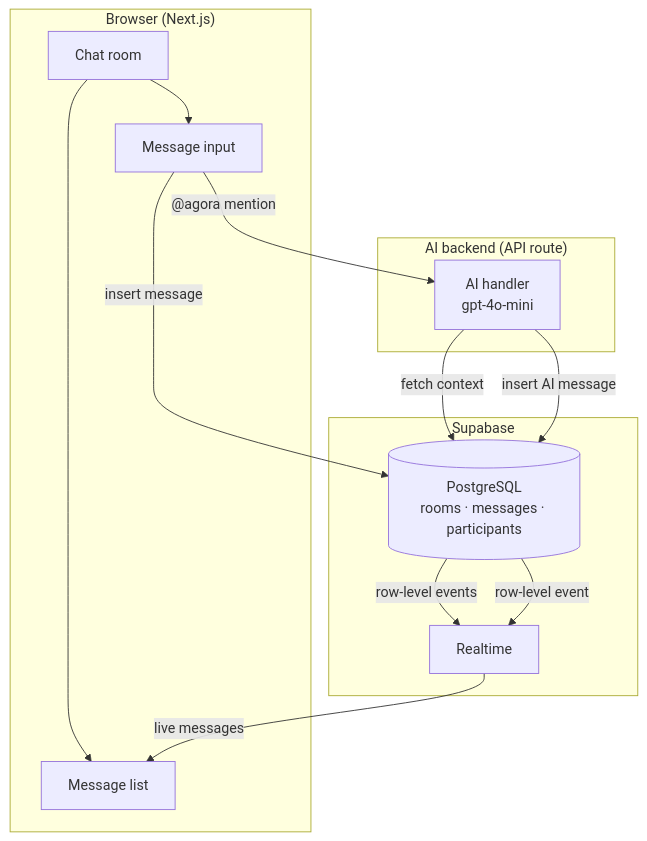
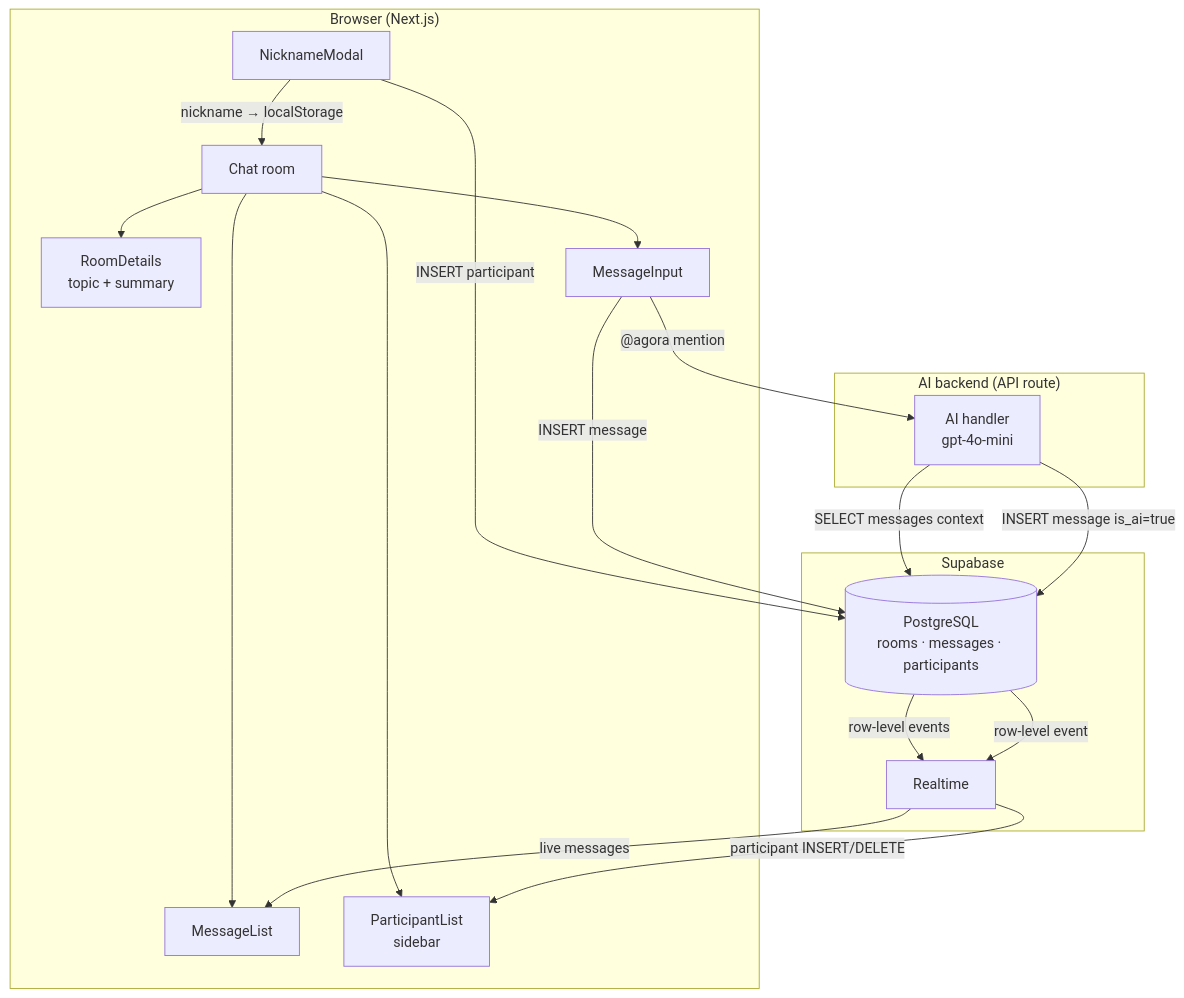
Before and after one commit to pirkkahuhtala/agora-ai: the first of 4 diagrams in README.md, drawn with Mermaid. The commit also changed other lines of this file, not shown here.

Commit message:
Update README to clarify AI secretary role and enhance participant lifecycle diagram

````diff
--- a/README.md
+++ b/README.md
@@ -11,26 +11,32 @@
 ```mermaid
 graph TD
     subgraph Client["Browser (Next.js)"]
+        NM[NicknameModal]
         CR[Chat room]
-        CR --> ML[Message list]
-        CR --> MI[Message input]
+        CR --> RD[RoomDetails\ntopic + summary]
+        CR --> ML[MessageList]
+        CR --> MI[MessageInput]
+        CR --> PL[ParticipantList\nsidebar]
     end
 
     subgraph Supabase
         DB[(PostgreSQL\nrooms · messages · participants)]
         RT[Realtime]
     end
 
     subgraph AI["AI backend (API route)"]
         AGO[AI handler\ngpt-4o-mini]
     end
 
-    MI -->|insert message| DB
+    NM -->|nickname → localStorage| CR
+    NM -->|INSERT participant| DB
+    MI -->|INSERT message| DB
     DB -->|row-level events| RT
     RT -->|live messages| ML
+    RT -->|participant INSERT/DELETE| PL
 
     MI -->|"@agora mention"| AGO
-    AGO -->|fetch context| DB
-    AGO -->|insert AI message| DB
+    AGO -->|SELECT messages context| DB
+    AGO -->|INSERT message is_ai=true| DB
     DB -->|row-level event| RT
 ```
````
